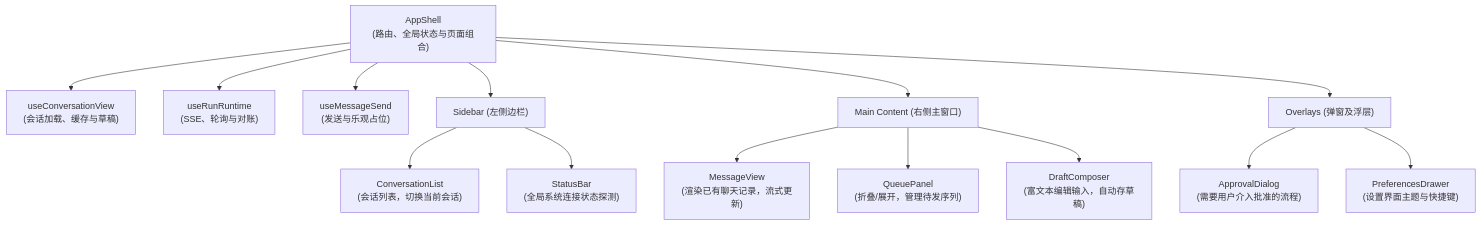
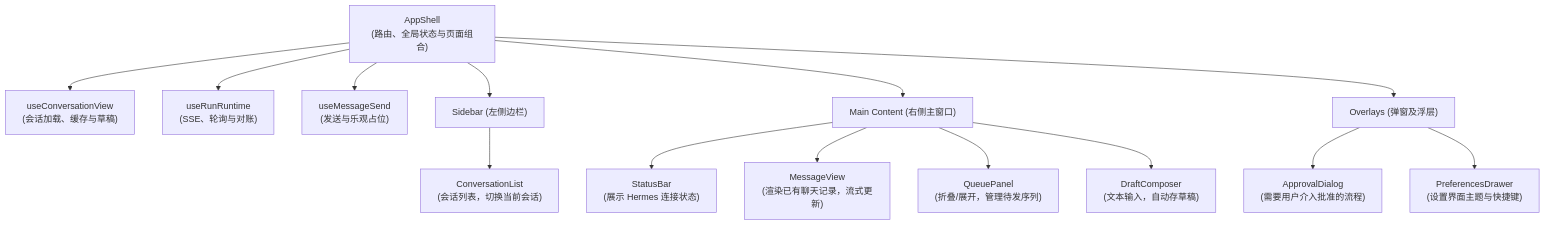
One commit to ermu03/emu-chat changed the third of 3 diagrams in docs/01-architecture.md. Above: the diagram before and after it, drawn with Mermaid. The commit also changed other lines of this file and 13 other files, not shown here.

````diff
--- a/docs/01-architecture.md
+++ b/docs/01-architecture.md
@@ -144,28 +148,28 @@
 ```mermaid
 flowchart TD
     AppShell["AppShell<br/>(路由、全局状态与页面组合)"]
     View["useConversationView<br/>(会话加载、缓存与草稿)"]
     Runtime["useRunRuntime<br/>(SSE、轮询与对账)"]
     Send["useMessageSend<br/>(发送与乐观占位)"]
     
     Sidebar["Sidebar (左侧边栏)"]
     Main["Main Content (右侧主窗口)"]
     Overlay["Overlays (弹窗及浮层)"]
     
     AppShell --> Sidebar
     AppShell --> Main
     AppShell --> Overlay
     AppShell --> View
     AppShell --> Runtime
     AppShell --> Send
     
     Sidebar --> ConversationList["ConversationList<br/>(会话列表，切换当前会话)"]
-    Sidebar --> StatusBar["StatusBar<br/>(全局系统连接状态探测)"]
+    Main --> StatusBar["StatusBar<br/>(展示 Hermes 连接状态)"]
     
     Main --> MessageView["MessageView<br/>(渲染已有聊天记录，流式更新)"]
     Main --> QueuePanel["QueuePanel<br/>(折叠/展开，管理待发序列)"]
-    Main --> DraftComposer["DraftComposer<br/>(富文本编辑输入，自动存草稿)"]
+    Main --> DraftComposer["DraftComposer<br/>(文本输入，自动存草稿)"]
     
     Overlay --> ApprovalDialog["ApprovalDialog<br/>(需要用户介入批准的流程)"]
     Overlay --> PreferencesDrawer["PreferencesDrawer<br/>(设置界面主题与快捷键)"]
 ```
````
